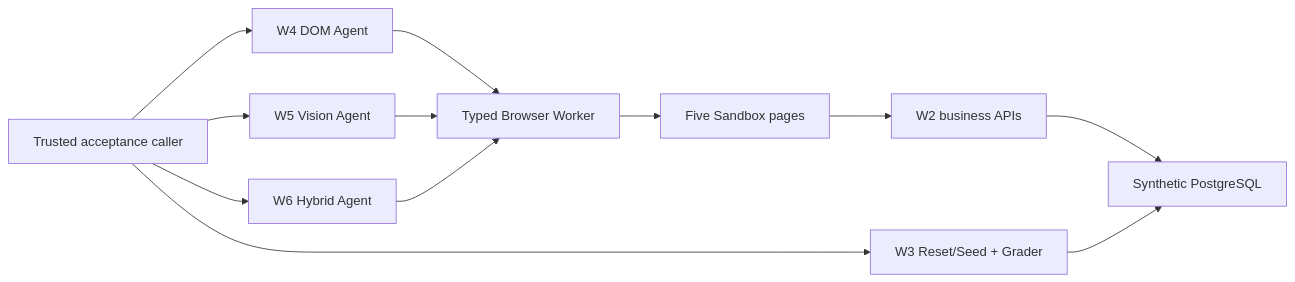
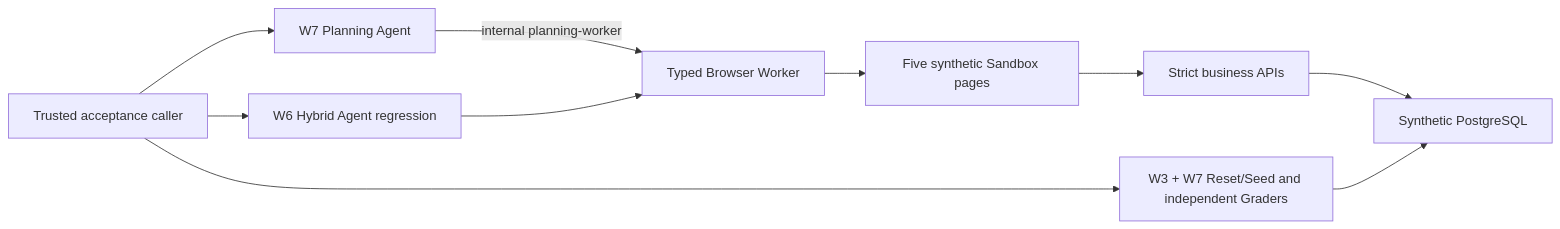
The diagram in README.md (taka-wzx/flowpilot-arena), drawn with Mermaid before and after one commit. The commit also changed other lines of this file and 61 other files, not shown here.

```diff
--- a/README.md
+++ b/README.md
@@ -26,14 +26,12 @@
 ~~~mermaid
 flowchart LR
-    Caller["Trusted acceptance caller"] --> Arena["W3 Reset/Seed + Grader"]
-    Caller --> DomAgent["W4 DOM Agent"]
-    Caller --> VisionAgent["W5 Vision Agent"]
-    Caller --> HybridAgent["W6 Hybrid Agent"]
-    DomAgent --> Worker["Typed Browser Worker"]
-    VisionAgent --> Worker
-    HybridAgent --> Worker
-    Worker --> Web["Five Sandbox pages"]
-    Web --> API["W2 business APIs"]
+    Caller["Trusted acceptance caller"] --> Arena["W3 + W7 Reset/Seed and independent Graders"]
+    Caller --> Planning["W7 Planning Agent"]
+    Caller --> Hybrid["W6 Hybrid Agent regression"]
+    Planning -->|"internal planning-worker"| Worker["Typed Browser Worker"]
+    Hybrid --> Worker
+    Worker --> Web["Five synthetic Sandbox pages"]
+    Web --> API["Strict business APIs"]
     API --> DB["Synthetic PostgreSQL"]
     Arena --> DB
 ~~~
```
